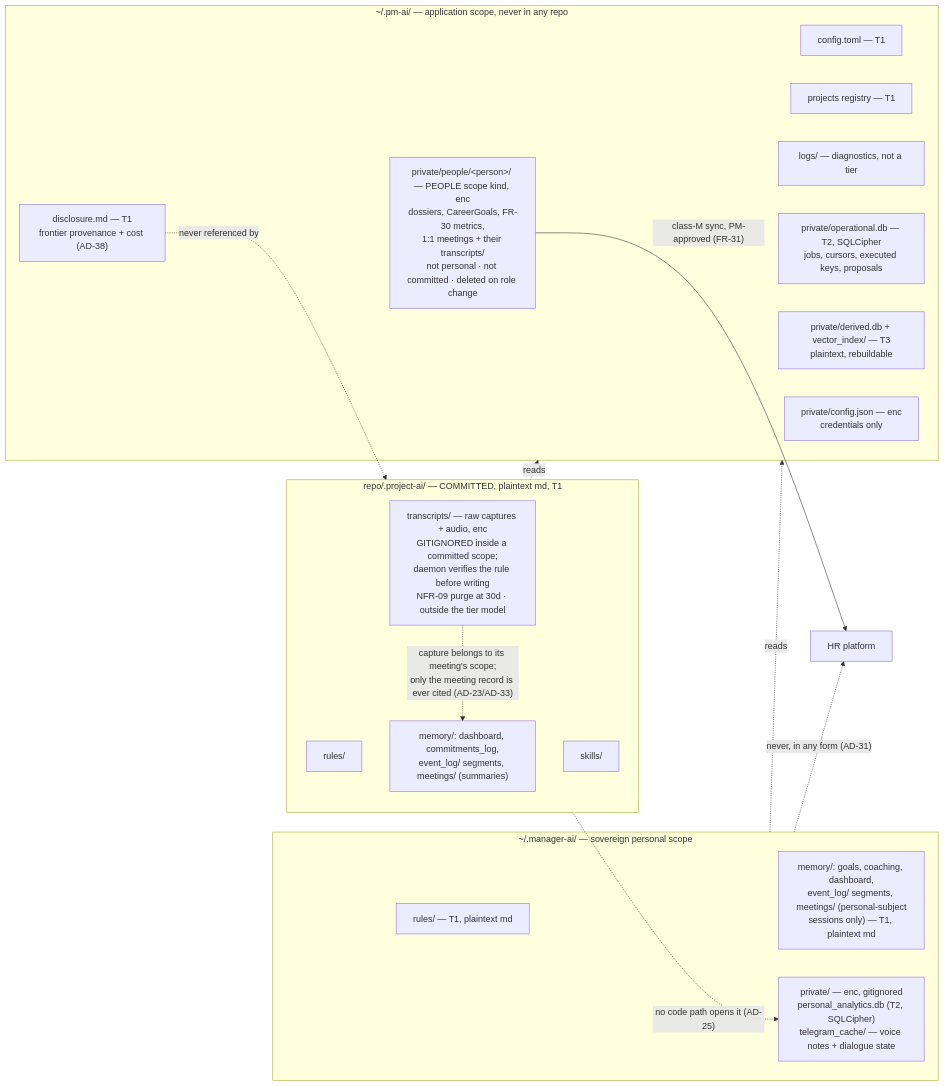
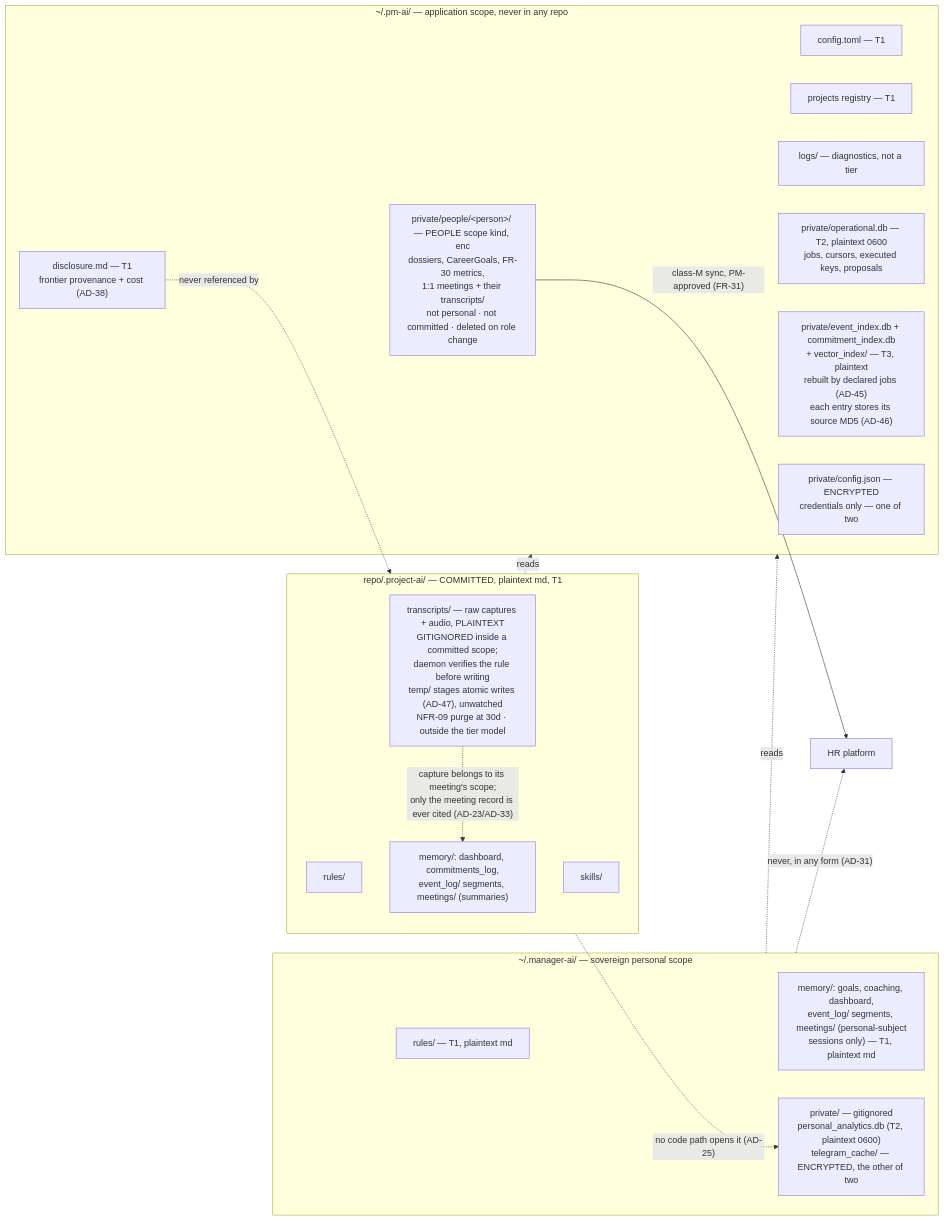
Before and after one commit to aramaniuk/pm-ai: the third of 4 diagrams in _bmad-output/planning-artifacts/architecture/architecture-pm-ai-2026-08-18/ARCHITECTURE-SPINE.md, drawn with Mermaid. The commit also changed other lines of this file and 4 other files, not shown here.

First line of the commit message:
docs(architecture): amend the spine — three new ADs, seven revised

````diff
--- a/_bmad-output/planning-artifacts/architecture/architecture-pm-ai-2026-08-18/ARCHITECTURE-SPINE.md
+++ b/_bmad-output/planning-artifacts/architecture/architecture-pm-ai-2026-08-18/ARCHITECTURE-SPINE.md
@@ -713,31 +811,31 @@
 ```mermaid
 graph LR
     subgraph APP["~/.pm-ai/ — application scope, never in any repo"]
         A1["config.toml — T1"]
         A2["projects registry — T1"]
         A3["disclosure.md — T1<br/>frontier provenance + cost (AD-38)"]
         A4["logs/ — diagnostics, not a tier"]
-        A5["private/operational.db — T2, SQLCipher<br/>jobs, cursors, executed keys, proposals"]
-        A6["private/derived.db + vector_index/ — T3<br/>plaintext, rebuildable"]
-        A7["private/config.json — enc<br/>credentials only"]
+        A5["private/operational.db — T2, plaintext 0600<br/>jobs, cursors, executed keys, proposals"]
+        A6["private/event_index.db + commitment_index.db<br/>+ vector_index/ — T3, plaintext<br/>rebuilt by declared jobs (AD-45)<br/>each entry stores its source MD5 (AD-46)"]
+        A7["private/config.json — ENCRYPTED<br/>credentials only — one of two"]
         A8["private/people/&lt;person&gt;/ — PEOPLE scope kind, enc<br/>dossiers, CareerGoals, FR-30 metrics,<br/>1:1 meetings + their transcripts/<br/>not personal · not committed · deleted on role change"]
     end
     subgraph PERS["~/.manager-ai/ — sovereign personal scope"]
         P1["rules/ — T1, plaintext md"]
         P2["memory/: goals, coaching, dashboard,<br/>event_log/ segments, meetings/ (personal-subject<br/>sessions only) — T1, plaintext md"]
-        P3["private/ — enc, gitignored<br/>personal_analytics.db (T2, SQLCipher)<br/>telegram_cache/ — voice notes + dialogue state"]
+        P3["private/ — gitignored<br/>personal_analytics.db (T2, plaintext 0600)<br/>telegram_cache/ — ENCRYPTED, the other of two"]
     end
     subgraph PROJ["repo/.project-ai/ — COMMITTED, plaintext md, T1"]
         R1[rules/]
         R2["memory/: dashboard, commitments_log,<br/>event_log/ segments, meetings/ (summaries)"]
         R3[skills/]
-        R4["transcripts/ — raw captures + audio, enc<br/>GITIGNORED inside a committed scope;<br/>daemon verifies the rule before writing<br/>NFR-09 purge at 30d · outside the tier model"]
+        R4["transcripts/ — raw captures + audio, PLAINTEXT<br/>GITIGNORED inside a committed scope;<br/>daemon verifies the rule before writing<br/>temp/ stages atomic writes (AD-47), unwatched<br/>NFR-09 purge at 30d · outside the tier model"]
     end
     PERS -.reads.-> APP
     PROJ -.reads.-> APP
     A3 -.->|"never referenced by"| PROJ
     A8 -->|"class-M sync, PM-approved (FR-31)"| HR[HR platform]
     PERS -.->|"never, in any form (AD-31)"| HR
     PROJ -.->|"no code path opens it (AD-25)"| P3
     R4 -.->|"capture belongs to its meeting's scope;<br/>only the meeting record is ever cited (AD-23/AD-33)"| R2
 ```
````
